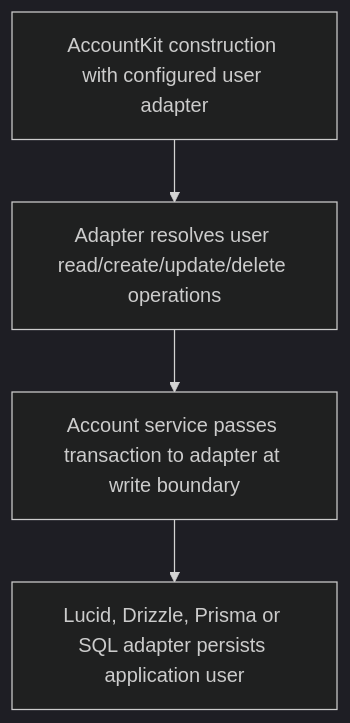
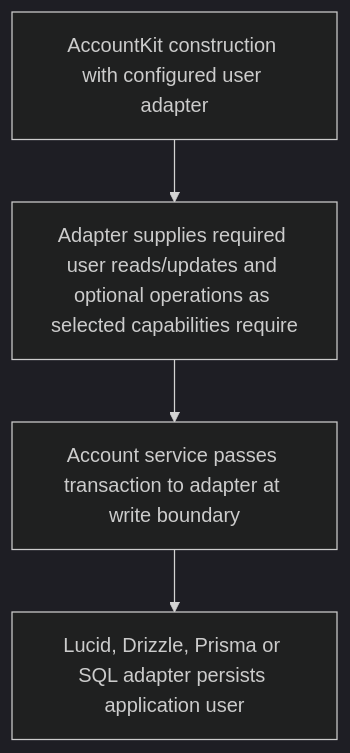
Before and after one commit to Kevinjohn/oss-adonisjs-account-kit: the second of 2 diagrams in user-stories/US-ACCOUNT-34-choose-user-adapter.md, drawn with Mermaid (dark theme). The commit also changed other lines of this file and 43 other files, not shown here.

````diff
--- a/user-stories/US-ACCOUNT-34-choose-user-adapter.md
+++ b/user-stories/US-ACCOUNT-34-choose-user-adapter.md
@@ -29,6 +31,6 @@
 ```mermaid
 flowchart TD
- A["AccountKit construction with configured user adapter"] --> B["Adapter resolves user read/create/update/delete operations"]
+ A["AccountKit construction with configured user adapter"] --> B["Adapter supplies required user reads/updates and optional operations as selected capabilities require"]
  B --> C["Account service passes transaction to adapter at write boundary"]
  C --> D["Lucid, Drizzle, Prisma or SQL adapter persists application user"]
 ```
````
